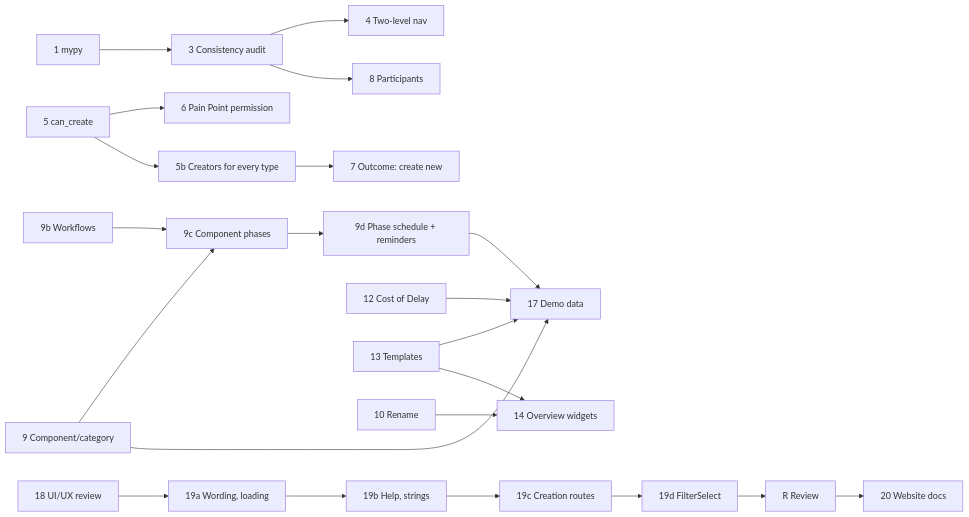
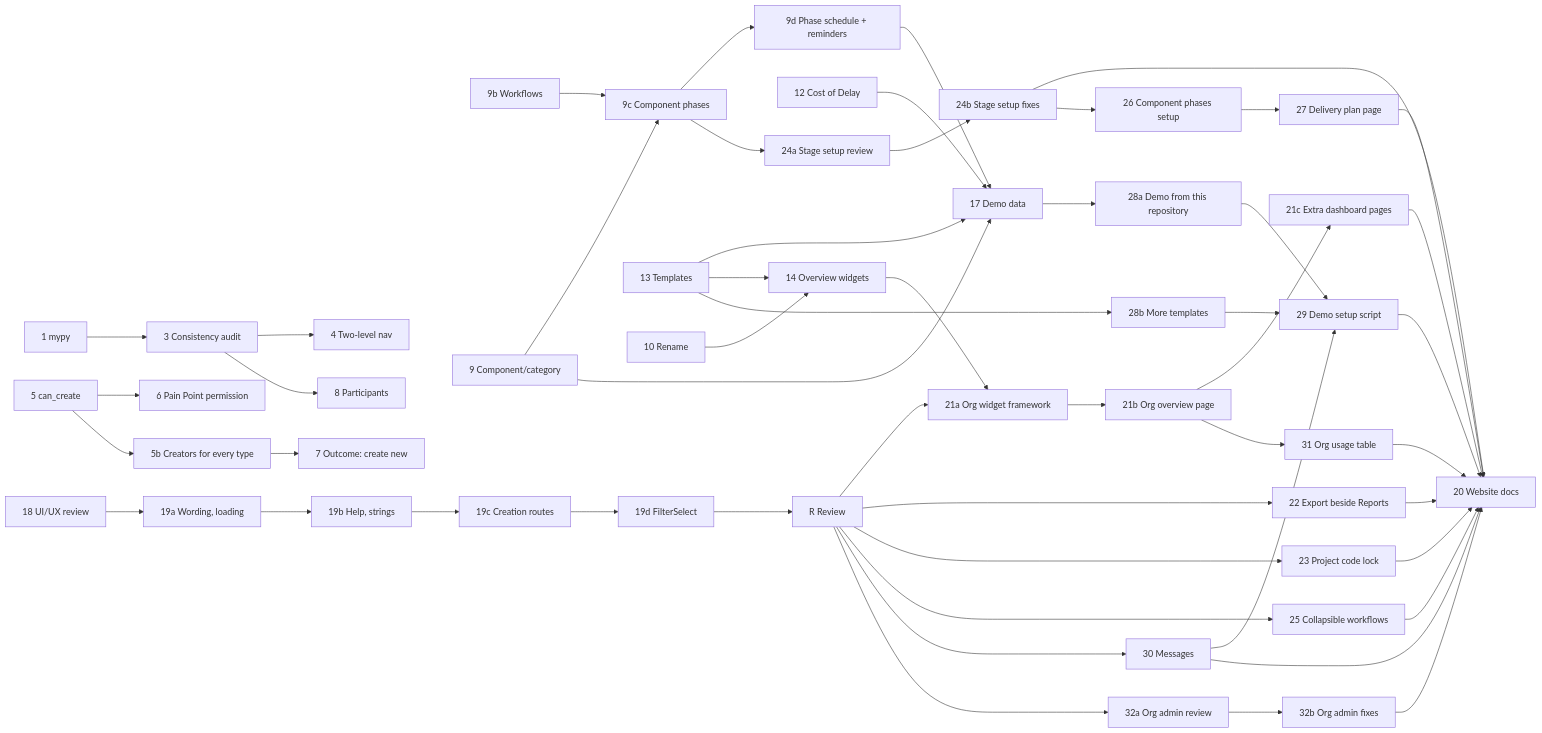
Before and after one commit to ballardr/reqtrackmanager: the diagram in docs/plans/platform-review-2026-11-plan.md, drawn with Mermaid. The commit also changed other lines of this file and 135 other files, not shown here.

````diff
--- a/docs/plans/platform-review-2026-11-plan.md
+++ b/docs/plans/platform-review-2026-11-plan.md
@@ -43,24 +60,53 @@
 ```mermaid
 flowchart LR
     P1["1 mypy"] --> P3["3 Consistency audit"]
     P3 --> P4["4 Two-level nav"]
     P5["5 can_create"] --> P6["6 Pain Point permission"]
     P5 --> P5b["5b Creators for every type"]
     P5b --> P7["7 Outcome: create new"]
     P3 --> P8["8 Participants"]
     P9b["9b Workflows"] --> P9c["9c Component phases"]
     P9["9 Component/category"] --> P9c
     P9 --> P17["17 Demo data"]
     P9c --> P9d["9d Phase schedule + reminders"]
     P9d --> P17
     P12["12 Cost of Delay"] --> P17
     P13["13 Templates"] --> P17
     P10["10 Rename"] --> P14["14 Overview widgets"]
     P13 --> P14
     P18["18 UI/UX review"] --> P19a["19a Wording, loading"]
     P19a --> P19b["19b Help, strings"]
     P19b --> P19c["19c Creation routes"]
     P19c --> P19d["19d FilterSelect"]
     P19d --> PR["R Review"]
-    PR --> P20["20 Website docs"]
+    PR --> P21a["21a Org widget framework"]
+    P14["14 Overview widgets"] --> P21a
+    P21a --> P21b["21b Org overview page"]
+    P21b --> P21c["21c Extra dashboard pages"]
+    PR --> P22["22 Export beside Reports"]
+    PR --> P23["23 Project code lock"]
+    P9c["9c Component phases"] --> P24a["24a Stage setup review"]
+    P24a --> P24b["24b Stage setup fixes"]
+    P21c --> P20["20 Website docs"]
+    P22 --> P20
+    P23 --> P20
+    P24b --> P20
+    PR --> P25["25 Collapsible workflows"]
+    P24b --> P26["26 Component phases setup"]
+    P26 --> P27["27 Delivery plan page"]
+    P17["17 Demo data"] --> P28a["28a Demo from this repository"]
+    P13["13 Templates"] --> P28b["28b More templates"]
+    P28a --> P29["29 Demo setup script"]
+    P28b --> P29
+    P30["30 Messages"] --> P29
+    PR --> P30
+    P21b --> P31["31 Org usage table"]
+    PR --> P32a["32a Org admin review"]
+    P32a --> P32b["32b Org admin fixes"]
+    P25 --> P20
+    P27 --> P20
+    P29 --> P20
+    P30 --> P20
+    P31 --> P20
+    P32b --> P20
 ```
````
